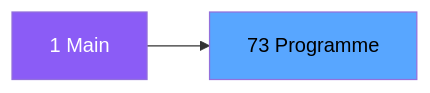
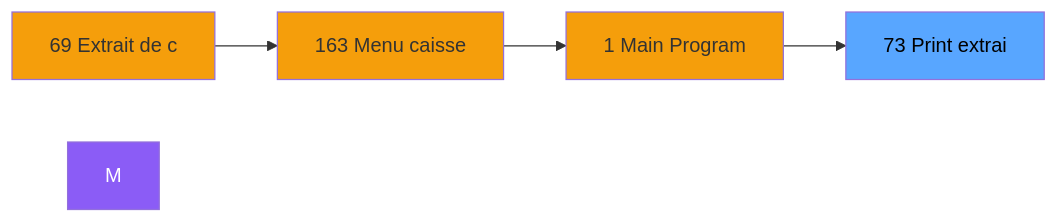
Before and after one commit to thonyAGP/magic-migration: the second of 3 diagrams in .openspec/specs/ADH-IDE-73.md, drawn with Mermaid. The commit also changed other lines of this file and 323 other files, not shown here.

````diff
--- a/.openspec/specs/ADH-IDE-73.md
+++ b/.openspec/specs/ADH-IDE-73.md
@@ -106,8 +124,15 @@
 ```mermaid
 graph LR
-    M[1 Main]
-    T[73 Programme]
-    M --> T
+    N69[69 Extrait de c]
+    N163[163 Menu caisse ]
+    N1[1 Main Program]
+    T[73 Print extrai]
+    N69 --> N163
+    N163 --> N1
+    N1 --> T
     style M fill:#8b5cf6,color:#fff
+    style N69 fill:#f59e0b
+    style N163 fill:#f59e0b
+    style N1 fill:#f59e0b
     style T fill:#58a6ff,color:#000
 ```
````
